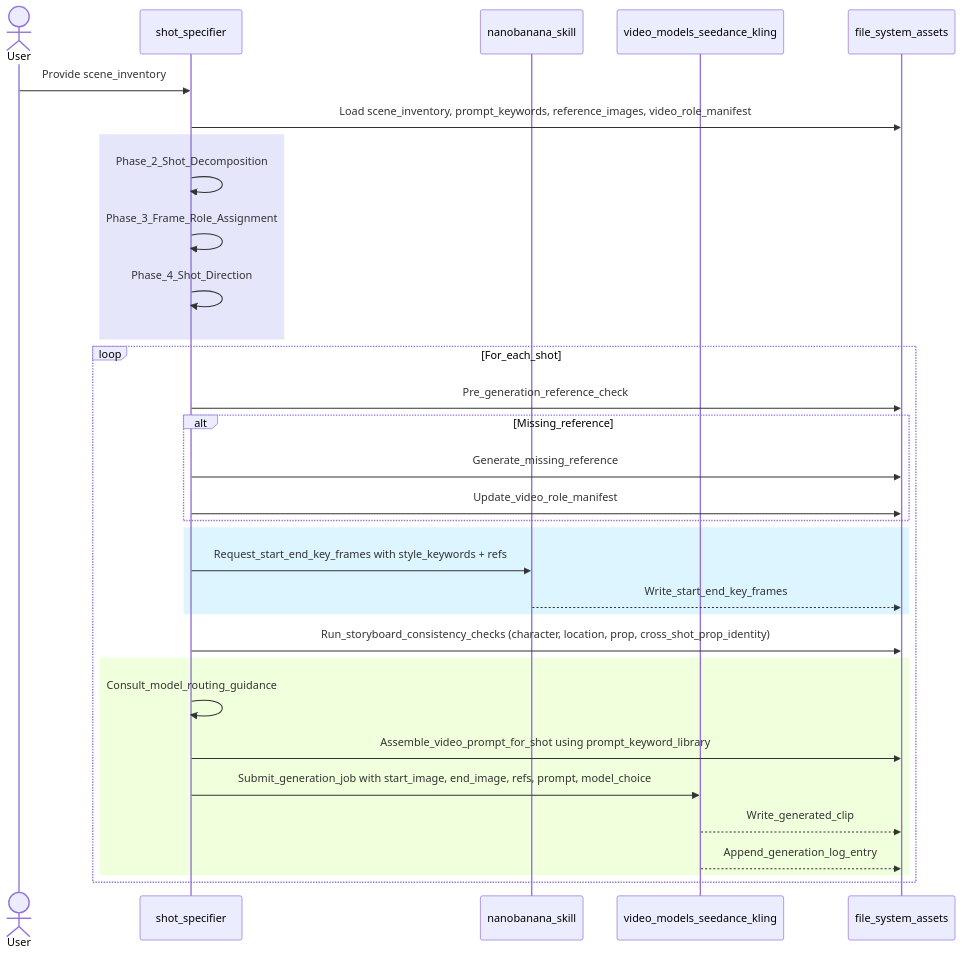
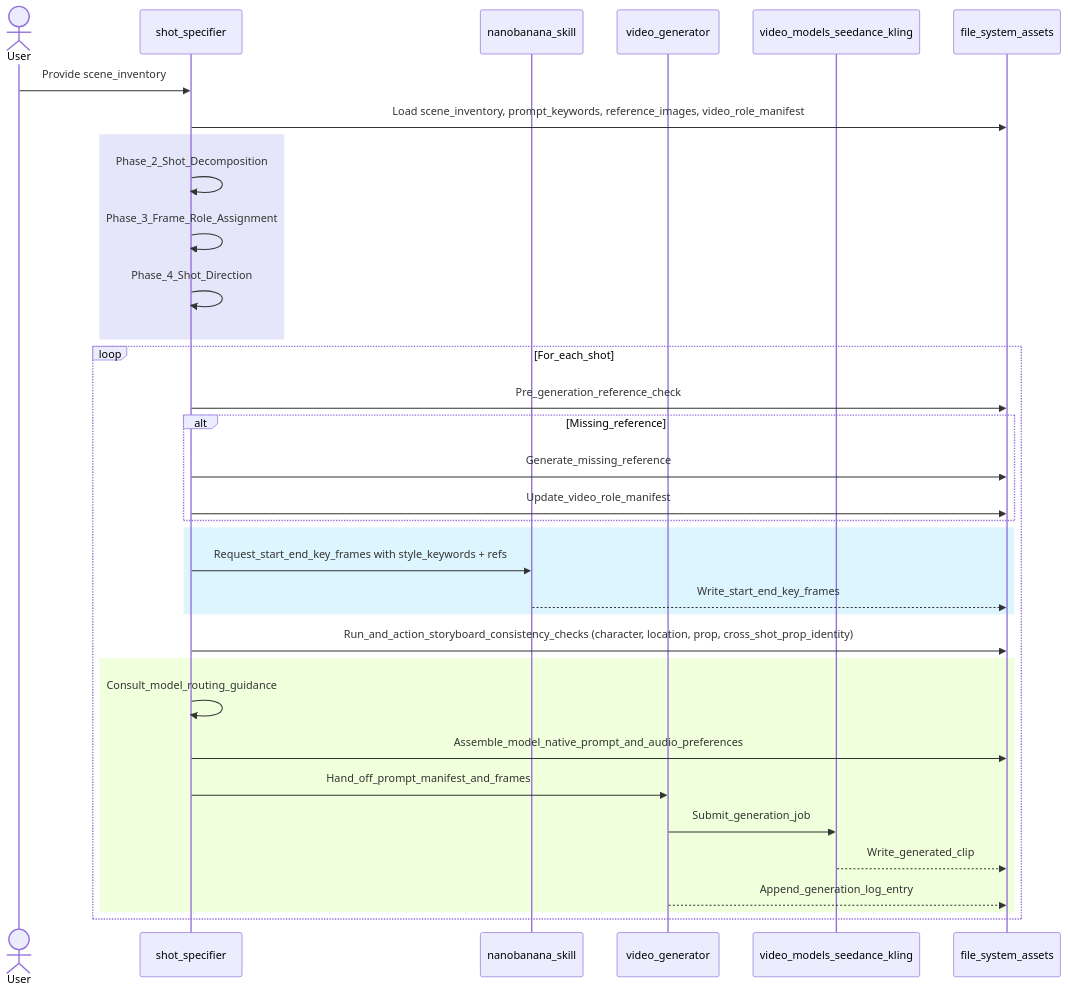
The first of 3 diagrams in docs/users-guide.md (leynos/visual-storytelling-skills), drawn with Mermaid before and after one commit. The commit also changed other lines of this file and 15 other files, not shown here.

First line of the commit message:
Clarify video generation pipeline handoff

````diff
--- a/docs/users-guide.md
+++ b/docs/users-guide.md
@@ -26,40 +28,42 @@
 ```mermaid
 sequenceDiagram
   actor User
   participant Shot_specifier as shot_specifier
   participant Nanobanana as nanobanana_skill
+  participant Video_generator as video_generator
   participant Video_models as video_models_seedance_kling
   participant FS as file_system_assets
 
   User->>Shot_specifier: Provide scene_inventory
   Shot_specifier->>FS: Load scene_inventory, prompt_keywords, reference_images, video_role_manifest
 
   rect rgb(230,230,250)
     Shot_specifier->>Shot_specifier: Phase_2_Shot_Decomposition
     Shot_specifier->>Shot_specifier: Phase_3_Frame_Role_Assignment
     Shot_specifier->>Shot_specifier: Phase_4_Shot_Direction
   end
 
   loop For_each_shot
     Shot_specifier->>FS: Pre_generation_reference_check
     alt Missing_reference
       Shot_specifier->>FS: Generate_missing_reference
       Shot_specifier->>FS: Update_video_role_manifest
     end
 
     rect rgb(220,245,255)
       Shot_specifier->>Nanobanana: Request_start_end_key_frames with style_keywords + refs
       Nanobanana-->>FS: Write_start_end_key_frames
     end
 
-    Shot_specifier->>FS: Run_storyboard_consistency_checks (character, location, prop, cross_shot_prop_identity)
+    Shot_specifier->>FS: Run_and_action_storyboard_consistency_checks (character, location, prop, cross_shot_prop_identity)
 
     rect rgb(240,255,220)
       Shot_specifier->>Shot_specifier: Consult_model_routing_guidance
-      Shot_specifier->>FS: Assemble_video_prompt_for_shot using prompt_keyword_library
-      Shot_specifier->>Video_models: Submit_generation_job with start_image, end_image, refs, prompt, model_choice
+      Shot_specifier->>FS: Assemble_model_native_prompt_and_audio_preferences
+      Shot_specifier->>Video_generator: Hand_off_prompt_manifest_and_frames
+      Video_generator->>Video_models: Submit_generation_job
       Video_models-->>FS: Write_generated_clip
-      Video_models-->>FS: Append_generation_log_entry
+      Video_generator-->>FS: Append_generation_log_entry
     end
   end
 ```
````
